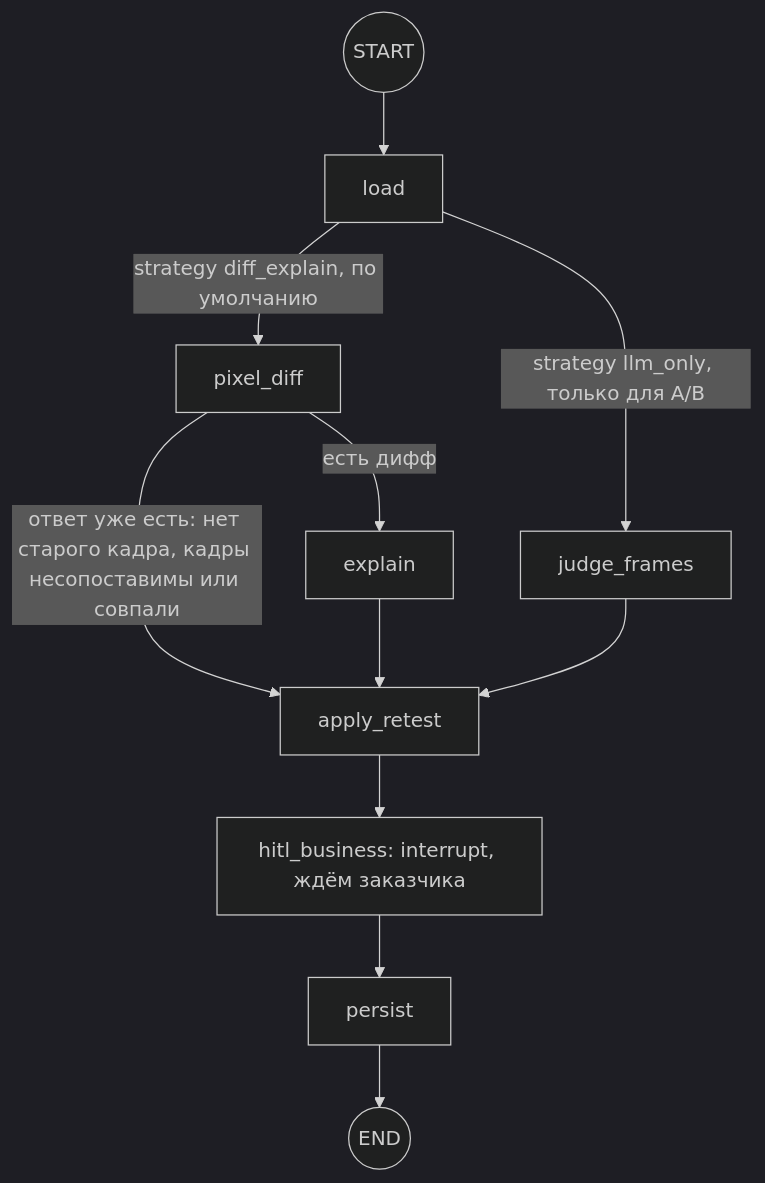
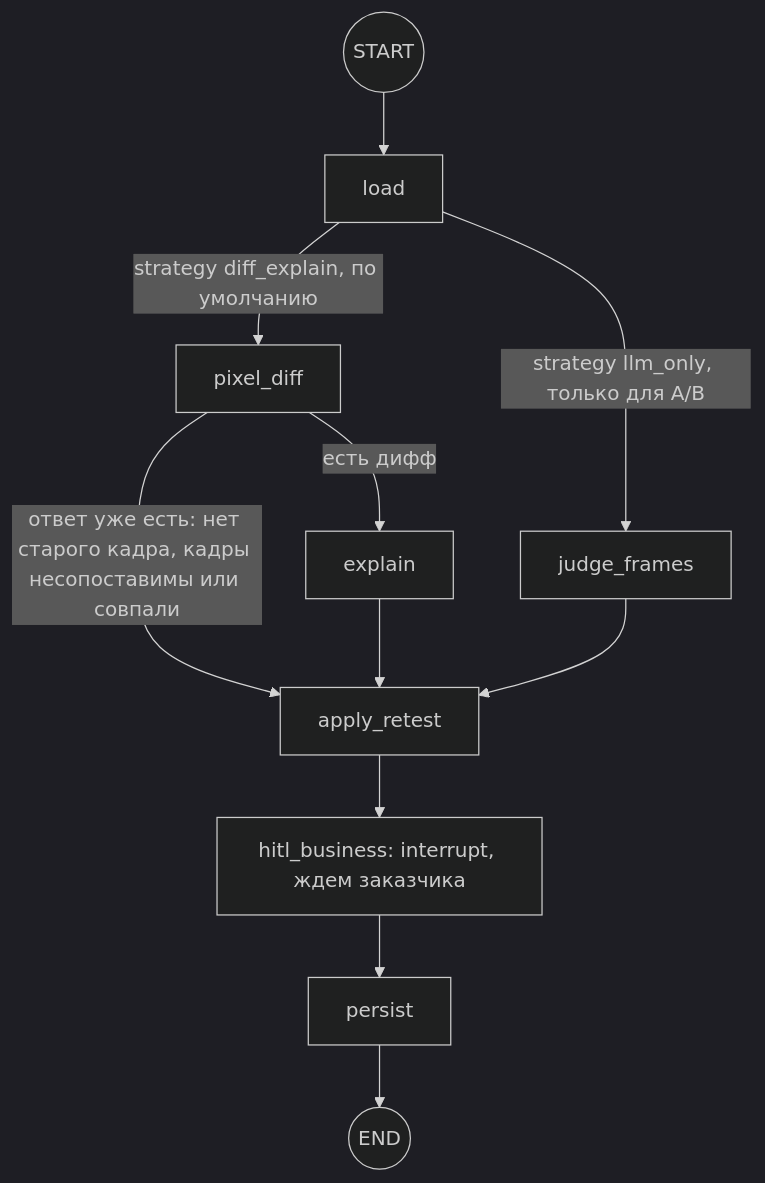
One commit to Dunenbetov/remark-round changed the second of 2 diagrams in docs/GRAPH.md. Above: the diagram before and after it, drawn with Mermaid (dark theme). The commit also changed other lines of this file and 33 other files, not shown here.

````diff
--- a/docs/GRAPH.md
+++ b/docs/GRAPH.md
@@ -120,13 +120,13 @@
 ```mermaid
 flowchart TD
   start0(("START")) --> load["load"]
   load -->|"strategy diff_explain, по умолчанию"| pixel["pixel_diff"]
   load -->|"strategy llm_only, только для A/B"| judge["judge_frames"]
   pixel -->|"ответ уже есть: нет старого кадра, кадры несопоставимы или совпали"| apply["apply_retest"]
   pixel -->|"есть дифф"| explain["explain"]
   explain --> apply
   judge --> apply
-  apply --> hitl["hitl_business: interrupt, ждём заказчика"]
+  apply --> hitl["hitl_business: interrupt, ждем заказчика"]
   hitl --> persist["persist"]
   persist --> stop0(("END"))
 ```
````
